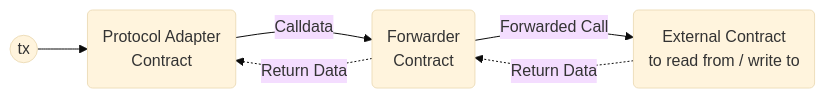
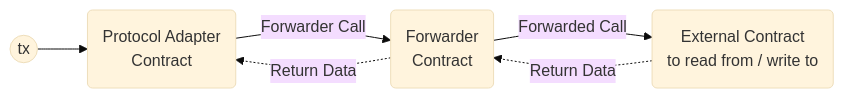
One commit to anoma/nspec changed the first of 2 diagrams in docs/arch/integrations/adapters/evm.md. Above: the diagram before and after it, drawn with Mermaid (base theme). The commit also changed other lines of this file, not shown here.

````diff
--- a/docs/arch/integrations/adapters/evm.md
+++ b/docs/arch/integrations/adapters/evm.md
@@ -128,11 +129,11 @@
 ```mermaid
 flowchart LR
     tx(("tx"))
     pa("Protocol Adapter<br>Contract")
     fc("Forwarder<br>Contract")
     ec("External Contract<br> to read from / write to")
 
     tx --> pa
-    pa --"Calldata"--> fc -. Return Data .-> pa
+    pa --"Forwarder Call"--> fc -. Return Data .-> pa
     fc --"Forwarded Call" --> ec -. Return Data .-> fc
 ```
````
